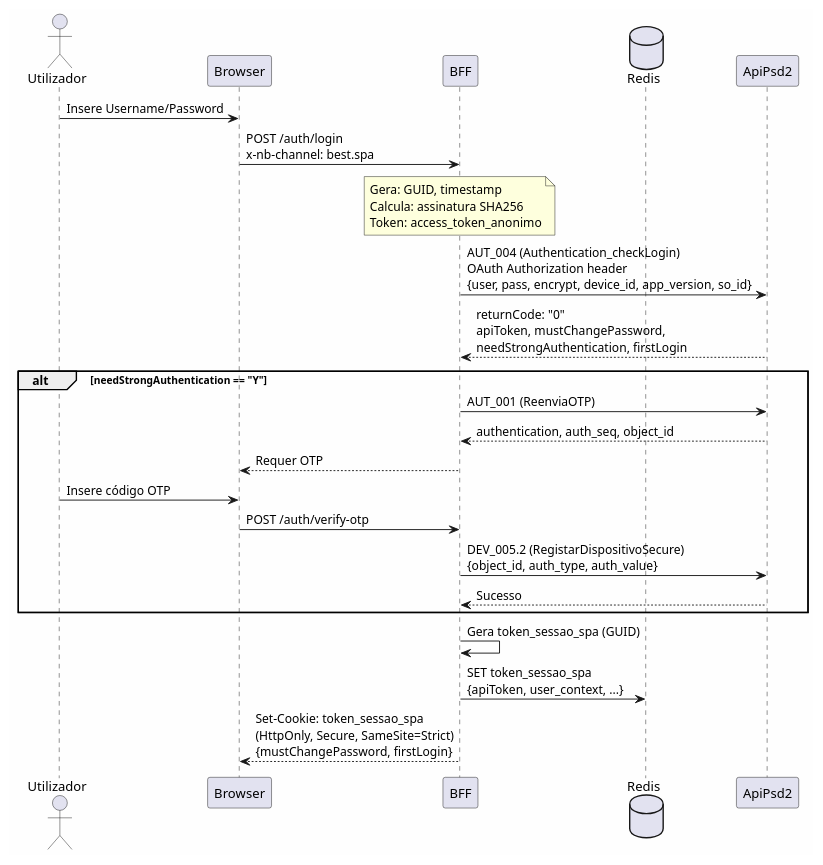
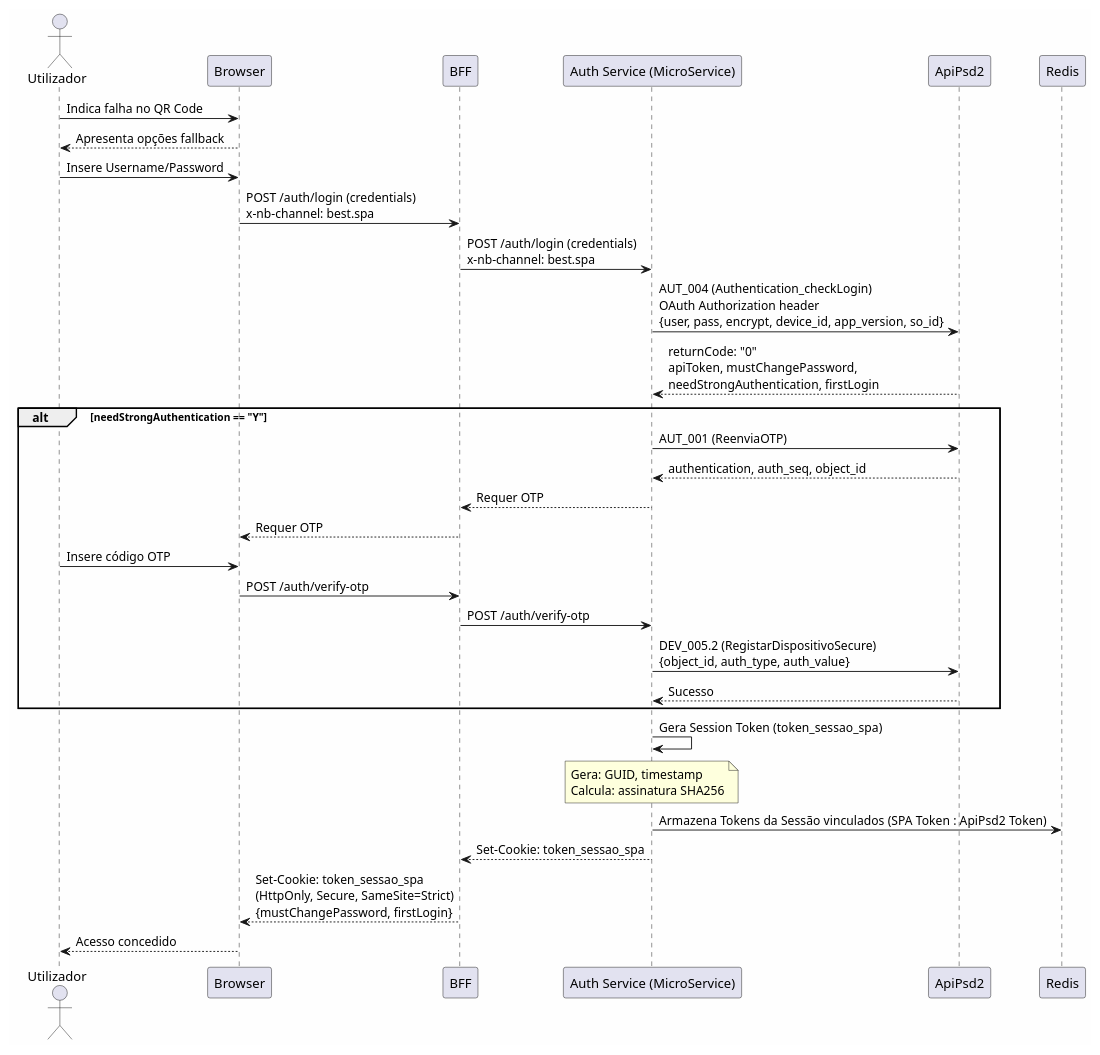
Before and after one commit to beduardo/novobanco_website_doc: the third of 5 diagrams in current/sections/SEC-07-autenticacao-autorizacao.md, drawn with PlantUML. The commit also changed other lines of this file and 5 other files, not shown here.

Commit message:
Ajustes diagramas autenticação

````diff
--- a/current/sections/SEC-07-autenticacao-autorizacao.md
+++ b/current/sections/SEC-07-autenticacao-autorizacao.md
@@ -158,39 +161,41 @@
 ```plantuml
 @startuml
 skinparam backgroundColor #FEFEFE
 
 actor "Utilizador" as USER
 participant "Browser" as FE
 participant "BFF" as BFF
-database "Redis" as REDIS
-participant "ApiPsd2" as API
+participant "Auth Service (MicroService)" as AUTH
+participant "ApiPsd2" as APIAPP
 
+USER -> FE : Indica falha no QR Code
+FE --> USER : Apresenta opções fallback
 USER -> FE : Insere Username/Password
-FE -> BFF : POST /auth/login\nx-nb-channel: best.spa
+FE -> BFF : POST /auth/login (credentials)\nx-nb-channel: best.spa
 
-note over BFF
-  Gera: GUID, timestamp
-  Calcula: assinatura SHA256
-  Token: access_token_anonimo
-end note
-
-BFF -> API : AUT_004 (Authentication_checkLogin)\nOAuth Authorization header\n{user, pass, encrypt, device_id, app_version, so_id}
-
-API --> BFF : returnCode: "0"\napiToken, mustChangePassword,\nneedStrongAuthentication, firstLogin
-
-alt needStrongAuthentication == "Y"
-    BFF -> API : AUT_001 (ReenviaOTP)
-    API --> BFF : authentication, auth_seq, object_id
+BFF -> AUTH : POST /auth/login (credentials)\nx-nb-channel: best.spa
+AUTH -> APIAPP : AUT_004 (Authentication_checkLogin)\nOAuth Authorization header\n{user, pass, encrypt, device_id, app_version, so_id}
+APIAPP --> AUTH : returnCode: "0"\napiToken, mustChangePassword,\nneedStrongAuthentication, firstLogin
+alt needStrongAuthentication == "Y" 
+    AUTH -> APIAPP : AUT_001 (ReenviaOTP)
+    APIAPP --> AUTH : authentication, auth_seq, object_id
+    AUTH --> BFF : Requer OTP
     BFF --> FE : Requer OTP
     USER -> FE : Insere código OTP
     FE -> BFF : POST /auth/verify-otp
-    BFF -> API : DEV_005.2 (RegistarDispositivoSecure)\n{object_id, auth_type, auth_value}
-    API --> BFF : Sucesso
+    BFF -> AUTH : POST /auth/verify-otp
+    AUTH -> APIAPP : DEV_005.2 (RegistarDispositivoSecure)\n{object_id, auth_type, auth_value}
+    APIAPP --> AUTH : Sucesso
 end
-
-BFF -> BFF : Gera token_sessao_spa (GUID)
-BFF -> REDIS : SET token_sessao_spa\n{apiToken, user_context, ...}
+AUTH -> AUTH : Gera Session Token (token_sessao_spa)
+note over AUTH
+Gera: GUID, timestamp
+Calcula: assinatura SHA256
+end note
+AUTH -> Redis : Armazena Tokens da Sessão vinculados (SPA Token : ApiPsd2 Token)
+AUTH --> BFF : Set-Cookie: token_sessao_spa
 BFF --> FE : Set-Cookie: token_sessao_spa\n(HttpOnly, Secure, SameSite=Strict)\n{mustChangePassword, firstLogin}
+FE --> USER : Acesso concedido
 
 @enduml
 ```
````
